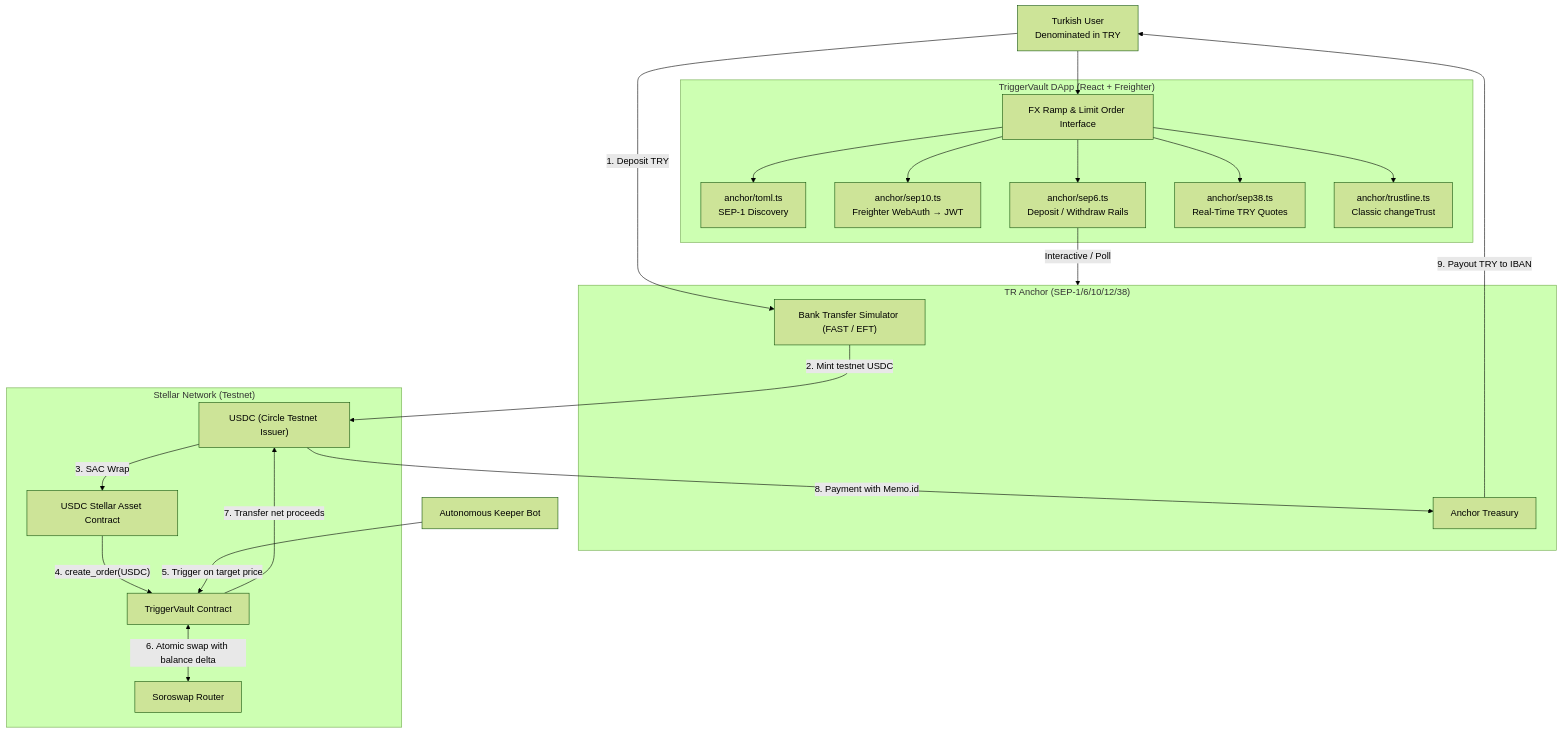
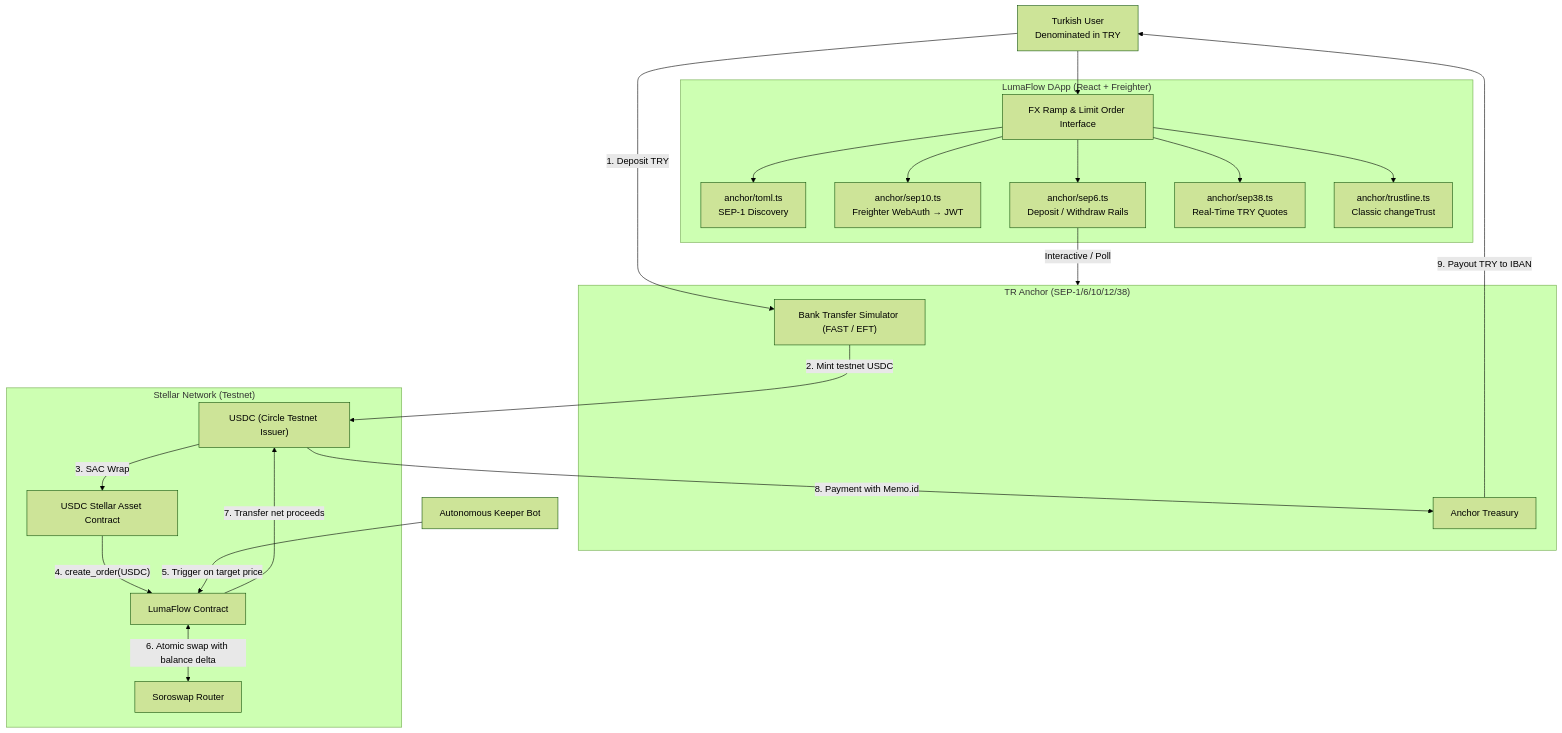
Before and after one commit to Nghtphl/lumaflow: the diagram in README.md, drawn with Mermaid (forest theme). The commit also changed other lines of this file and 19 other files, not shown here.

First line of the commit message:
feat(brand): LumaFlow, on its own domain

````diff
--- a/README.md
+++ b/README.md
@@ -189,40 +189,40 @@
 ```mermaid
 flowchart TD
     U["Turkish User<br/>Denominated in TRY"]
 
-    subgraph FE["TriggerVault DApp (React + Freighter)"]
+    subgraph FE["LumaFlow DApp (React + Freighter)"]
         A1["anchor/toml.ts<br/>SEP-1 Discovery"]
         A2["anchor/sep10.ts<br/>Freighter WebAuth → JWT"]
         A3["anchor/sep6.ts<br/>Deposit / Withdraw Rails"]
         A4["anchor/sep38.ts<br/>Real-Time TRY Quotes"]
         A5["anchor/trustline.ts<br/>Classic changeTrust"]
         UI["FX Ramp & Limit Order Interface"]
     end
 
     subgraph AN["TR Anchor (SEP-1/6/10/12/38)"]
         BANK["Bank Transfer Simulator (FAST / EFT)"]
         TRZ["Anchor Treasury"]
     end
 
     subgraph SN["Stellar Network (Testnet)"]
         USDC["USDC (Circle Testnet Issuer)"]
         SAC["USDC Stellar Asset Contract"]
-        V["TriggerVault Contract"]
+        V["LumaFlow Contract"]
         DEX["Soroswap Router"]
     end
 
     K["Autonomous Keeper Bot"]
 
     U -->|"1. Deposit TRY"| BANK
     BANK -->|"2. Mint testnet USDC"| USDC
     U --> UI
     UI --> A1 & A2 & A3 & A4 & A5
     A3 -->|"Interactive / Poll"| AN
     USDC -->|"3. SAC Wrap"| SAC
     SAC -->|"4. create_order(USDC)"| V
     K -->|"5. Trigger on target price"| V
     V <-->|"6. Atomic swap with balance delta"| DEX
     V -->|"7. Transfer net proceeds"| USDC
     USDC -->|"8. Payment with Memo.id"| TRZ
     TRZ -->|"9. Payout TRY to IBAN"| U
 ```
````
